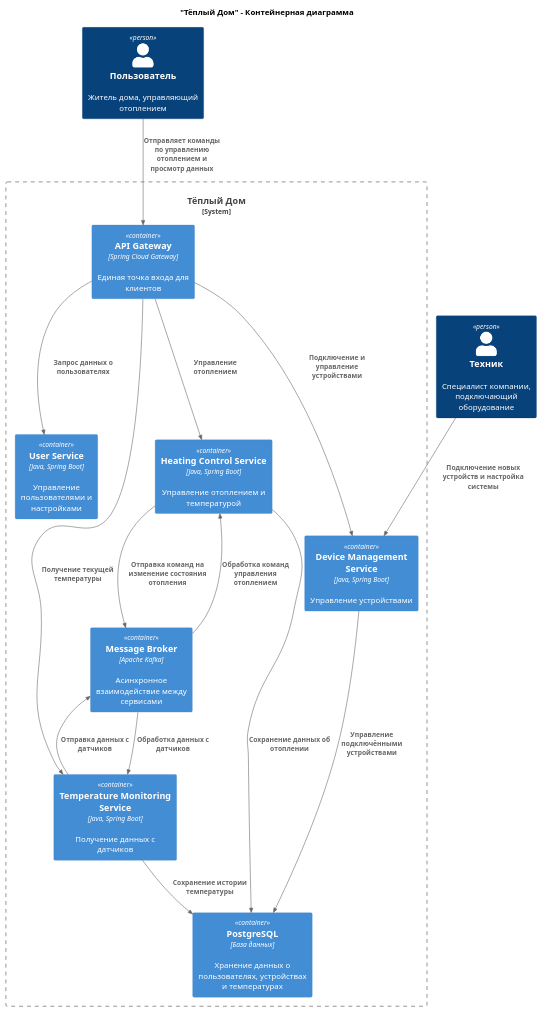
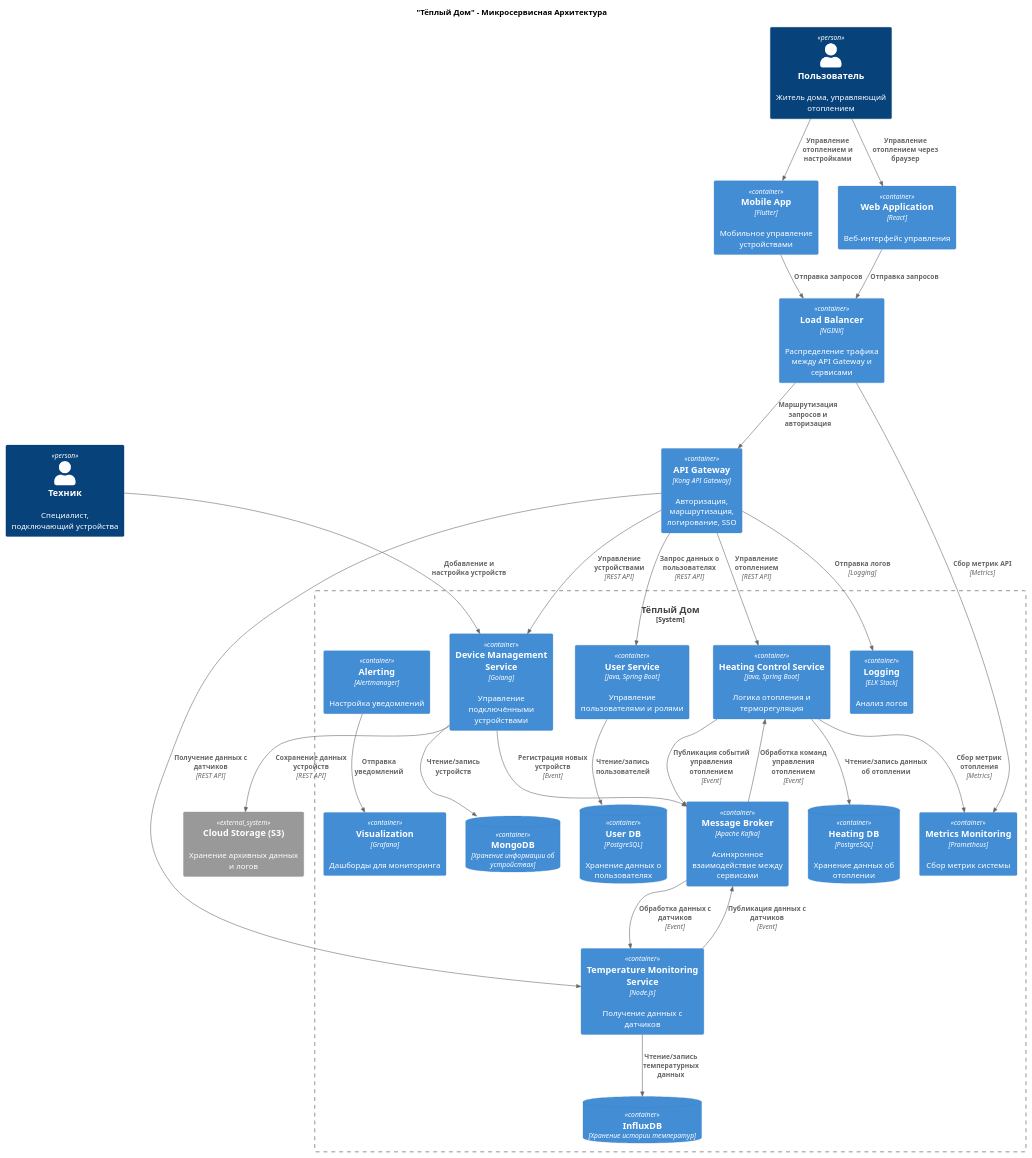
Before and after one commit to GI-Corp/architecture-sprint-3: the diagram in diagrams/container/SmartHome_Container.puml, drawn with PlantUML. The commit also changed 2 other files, not shown here.

Commit message:
update: container diagram and optimize microservice decomposition

```diff
--- a/diagrams/container/SmartHome_Container.puml
+++ b/diagrams/container/SmartHome_Container.puml
@@ -1,41 +1,93 @@
 @startuml
-
 !includeurl https://raw.githubusercontent.com/RicardoNiepel/C4-PlantUML/master/C4_Container.puml
 
-title "Тёплый Дом" - Контейнерная диаграмма
+title "Тёплый Дом" - Микросервисная Архитектура
 
 top to bottom direction
 
-' Определение участников
+' ========== УЧАСТНИКИ ==========
 Person(user, "Пользователь", "Житель дома, управляющий отоплением")
-Person(technician, "Техник", "Специалист компании, подключающий оборудование")
+Person(technician, "Техник", "Специалист, подключающий устройства")
 
-' Определение системы
+' ========== ВНЕШНИЕ СИСТЕМЫ ==========
+System_Ext(cloudStorage, "Cloud Storage (S3)", "Хранение архивных данных и логов")
+
+' ========== НАГРУЗОЧНОЕ БАЛАНСИРОВАНИЕ И API GATEWAY ==========
+Container(nginx, "Load Balancer", "NGINX", "Распределение трафика между API Gateway и сервисами")
+Container(apiGateway, "API Gateway", "Kong API Gateway", "Авторизация, маршрутизация, логирование, SSO")
+
+' ========== КЛИЕНТСКИЕ ПРИЛОЖЕНИЯ ==========
+Container(mobileApp, "Mobile App", "Flutter", "Мобильное управление устройствами")
+Container(webApp, "Web Application", "React", "Веб-интерфейс управления")
+
+' ========== ГЛАВНАЯ СИСТЕМА ==========
 System_Boundary(warmHome, "Тёплый Дом") {
-    Container(apiGateway, "API Gateway", "Spring Cloud Gateway", "Единая точка входа для клиентов")
-    Container(userService, "User Service", "Java, Spring Boot", "Управление пользователями и настройками")
-    Container(heatingService, "Heating Control Service", "Java, Spring Boot", "Управление отоплением и температурой")
-    Container(monitoringService, "Temperature Monitoring Service", "Java, Spring Boot", "Получение данных с датчиков")
-    Container(deviceService, "Device Management Service", "Java, Spring Boot", "Управление устройствами")
+
+    ' === Сервис пользователей ===
+    Container(userService, "User Service", "Java, Spring Boot", "Управление пользователями и ролями")
+    ContainerDb(userDB, "User DB", "PostgreSQL", "Хранение данных о пользователях")
+
+    ' === Сервис управления отоплением ===
+    Container(heatingService, "Heating Control Service", "Java, Spring Boot", "Логика отопления и терморегуляция")
+    ContainerDb(heatingDB, "Heating DB", "PostgreSQL", "Хранение данных об отоплении")
+
+    ' === Сервис мониторинга температуры ===
+    Container(monitoringService, "Temperature Monitoring Service", "Node.js", "Получение данных с датчиков")
+    ContainerDb(monitoringDB, "InfluxDB", "Хранение истории температур")
+
+    ' === Сервис управления устройствами ===
+    Container(deviceService, "Device Management Service", "Golang", "Управление подключёнными устройствами")
+    ContainerDb(deviceDB, "MongoDB", "Хранение информации об устройствах")
+
+
+    ' === Брокер сообщений ===
     Container(kafka, "Message Broker", "Apache Kafka", "Асинхронное взаимодействие между сервисами")
-    Container(database, "PostgreSQL", "База данных", "Хранение данных о пользователях, устройствах и температурах")
+
+    ' === Мониторинг и логирование ===
+    Container(prometheus, "Metrics Monitoring", "Prometheus", "Сбор метрик системы")
+    Container(grafana, "Visualization", "Grafana", "Дашборды для мониторинга")
+    Container(elk, "Logging", "ELK Stack", "Анализ логов")
+    Container(alertmanager, "Alerting", "Alertmanager", "Настройка уведомлений")
 }
 
-' Взаимодействие
-Rel(user, apiGateway, "Отправляет команды по управлению отоплением и просмотр данных")
-Rel(apiGateway, userService, "Запрос данных о пользователях")
-Rel(apiGateway, heatingService, "Управление отоплением")
-Rel(apiGateway, monitoringService, "Получение текущей температуры")
-Rel(apiGateway, deviceService, "Подключение и управление устройствами")
+' ========== ВЗАИМОДЕЙСТВИЕ КЛИЕНТОВ ==========
+Rel(user, mobileApp, "Управление отоплением и настройками")
+Rel(user, webApp, "Управление отоплением через браузер")
+Rel(mobileApp, nginx, "Отправка запросов")
+Rel(webApp, nginx, "Отправка запросов")
 
-Rel(heatingService, kafka, "Отправка команд на изменение состояния отопления")
-Rel(monitoringService, kafka, "Отправка данных с датчиков")
-Rel(kafka, heatingService, "Обработка команд управления отоплением")
-Rel(kafka, monitoringService, "Обработка данных с датчиков")
-Rel(heatingService, database, "Сохранение данных об отоплении")
-Rel(monitoringService, database, "Сохранение истории температуры")
-Rel(deviceService, database, "Управление подключёнными устройствами")
+' ========== API Gateway ==========
+Rel(nginx, apiGateway, "Маршрутизация запросов и авторизация")
 
-Rel(technician, deviceService, "Подключение новых устройств и настройка системы")
+' ========== Микросервисное взаимодействие ==========
+Rel(apiGateway, userService, "Запрос данных о пользователях", "REST API")
+Rel(apiGateway, heatingService, "Управление отоплением", "REST API")
+Rel(apiGateway, monitoringService, "Получение данных с датчиков", "REST API")
+Rel(apiGateway, deviceService, "Управление устройствами", "REST API")
+
+' ========== Взаимодействие сервисов через Kafka ==========
+Rel(heatingService, kafka, "Публикация событий управления отоплением", "Event")
+Rel(monitoringService, kafka, "Публикация данных с датчиков", "Event")
+Rel(deviceService, kafka, "Регистрация новых устройств", "Event")
+Rel(kafka, heatingService, "Обработка команд управления отоплением", "Event")
+Rel(kafka, monitoringService, "Обработка данных с датчиков", "Event")
+
+' ========== Связь с базами данных ==========
+Rel(userService, userDB, "Чтение/запись пользователей")
+Rel(heatingService, heatingDB, "Чтение/запись данных об отоплении")
+Rel(monitoringService, monitoringDB, "Чтение/запись температурных данных")
+Rel(deviceService, deviceDB, "Чтение/запись устройств")
+
+' ========== Мониторинг ==========
+Rel(nginx, prometheus, "Сбор метрик API", "Metrics")
+Rel(apiGateway, elk, "Отправка логов", "Logging")
+Rel(heatingService, prometheus, "Сбор метрик отопления", "Metrics")
+Rel(alertmanager, grafana, "Отправка уведомлений")
+
+' ========== Взаимодействие с внешними системами ==========
+Rel(deviceService, cloudStorage, "Сохранение данных устройств", "REST API")
+
+' ========== Техник и настройка устройств ==========
+Rel(technician, deviceService, "Добавление и настройка устройств")
 
 @enduml
```
